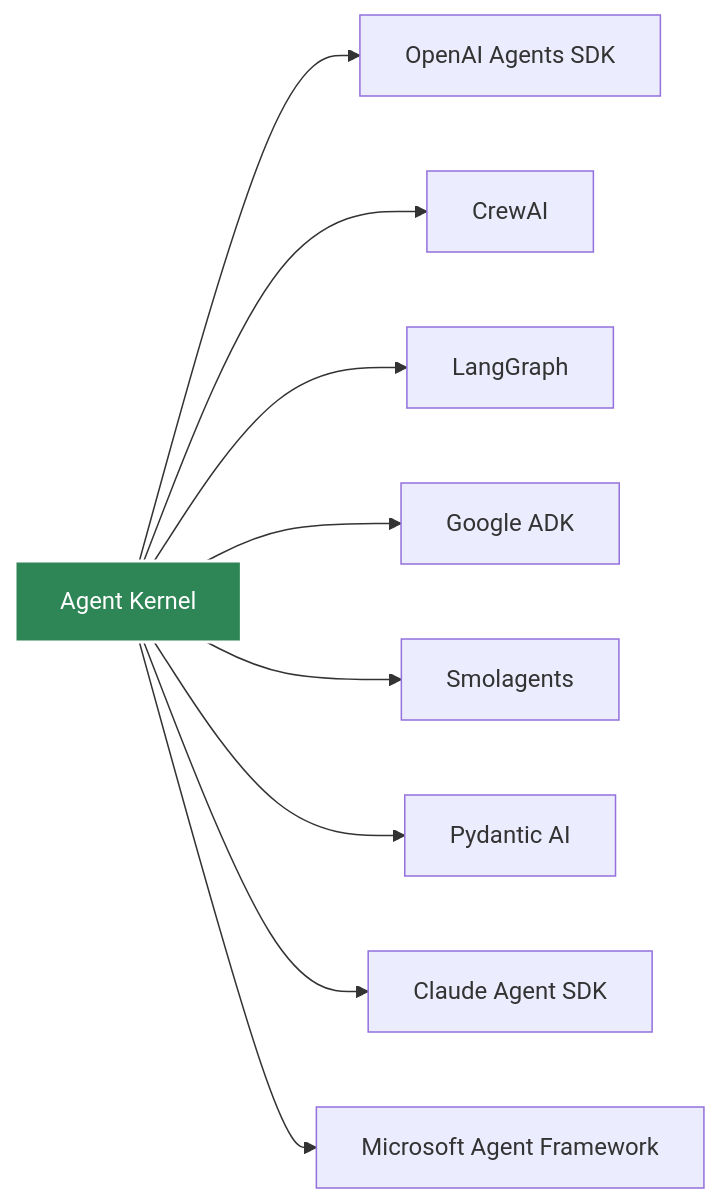
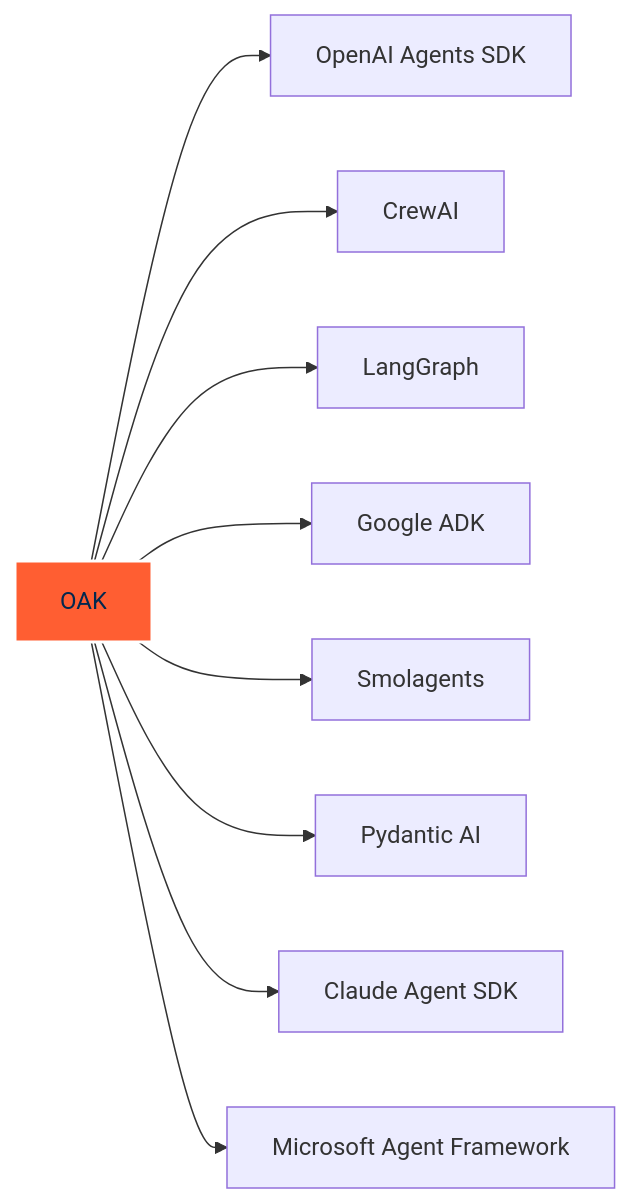
Before and after one commit to yaalalabs/agent-kernel: the diagram in docs/docs/frameworks/overview.md, drawn with Mermaid. The commit also changed other lines of this file and 444 other files, not shown here.

````diff
--- a/docs/docs/frameworks/overview.md
+++ b/docs/docs/frameworks/overview.md
@@ -11,13 +11,13 @@
 ```mermaid
 graph LR
-    A[Agent Kernel] --> B[OpenAI Agents SDK]
+    A[OAK] --> B[OpenAI Agents SDK]
     A --> C[CrewAI]
     A --> D[LangGraph]
     A --> E[Google ADK]
     A --> F[Smolagents]
     A --> G[Pydantic AI]
     A --> H[Claude Agent SDK]
     A --> M[Microsoft Agent Framework]
     
-    style A fill:#2e8555,stroke:#fff,stroke-width:2px,color:#fff
+    style A fill:#FF5E32,stroke:#fff,stroke-width:2px,color:#02284F
 ```
````
